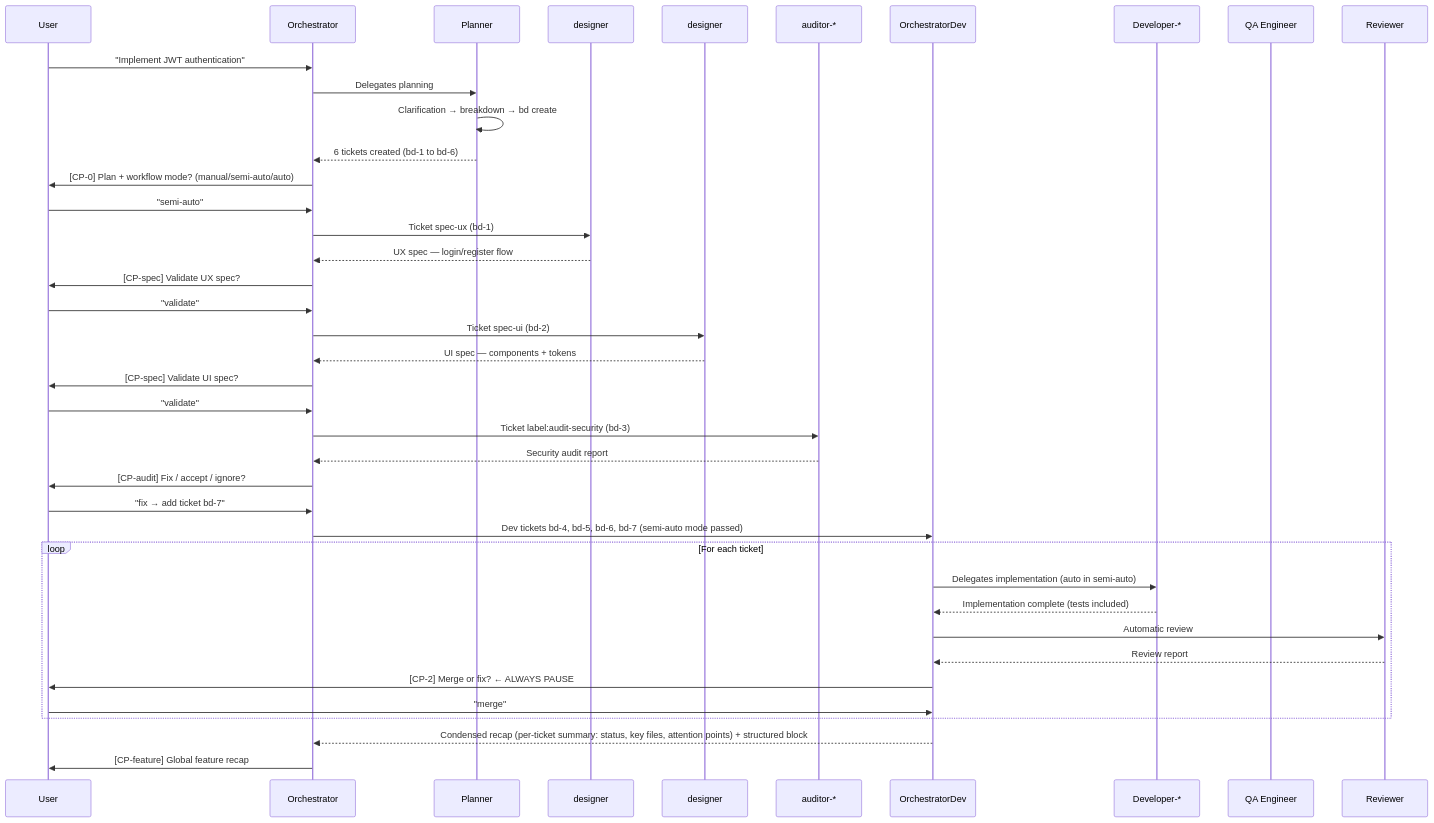
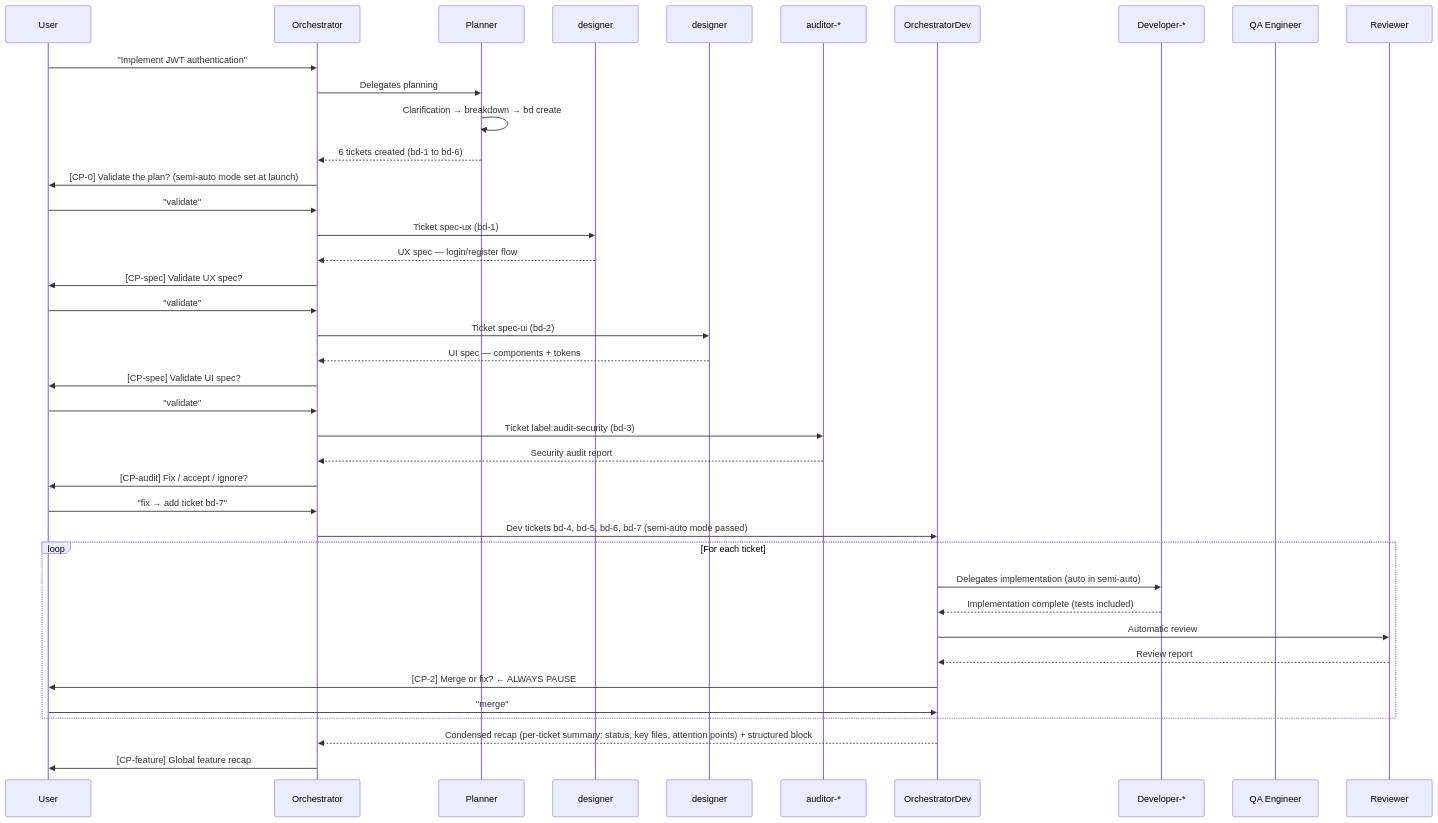
Before and after one commit to datichb/openhub: the second of 7 diagrams in docs/guides/workflows.en.md, drawn with Mermaid. The commit also changed other lines of this file and 59 other files, not shown here.

````diff
--- a/docs/guides/workflows.en.md
+++ b/docs/guides/workflows.en.md
@@ -148,48 +109,48 @@
 ```mermaid
 sequenceDiagram
     participant U as User
     participant O as Orchestrator
     participant PL as Planner
     participant UX as designer
     participant UI as designer
     participant AU as auditor-*
     participant OD as OrchestratorDev
     participant DEV as Developer-*
     participant QA as QA Engineer
     participant R as Reviewer
 
     U->>O: "Implement JWT authentication"
     O->>PL: Delegates planning
     PL->>PL: Clarification → breakdown → bd create
     PL-->>O: 6 tickets created (bd-1 to bd-6)
-    O->>U: [CP-0] Plan + workflow mode? (manual/semi-auto/auto)
-    U->>O: "semi-auto"
+    O->>U: [CP-0] Validate the plan? (semi-auto mode set at launch)
+    U->>O: "validate"
 
     O->>UX: Ticket spec-ux (bd-1)
     UX-->>O: UX spec — login/register flow
     O->>U: [CP-spec] Validate UX spec?
     U->>O: "validate"
 
     O->>UI: Ticket spec-ui (bd-2)
     UI-->>O: UI spec — components + tokens
     O->>U: [CP-spec] Validate UI spec?
     U->>O: "validate"
 
     O->>AU: Ticket label:audit-security (bd-3)
     AU-->>O: Security audit report
     O->>U: [CP-audit] Fix / accept / ignore?
     U->>O: "fix → add ticket bd-7"
 
     O->>OD: Dev tickets bd-4, bd-5, bd-6, bd-7 (semi-auto mode passed)
     loop For each ticket
         OD->>DEV: Delegates implementation (auto in semi-auto)
         DEV-->>OD: Implementation complete (tests included)
         OD->>R: Automatic review
         R-->>OD: Review report
         OD->>U: [CP-2] Merge or fix? ← ALWAYS PAUSE
         U->>OD: "merge"
     end
     OD-->>O: Condensed recap (per-ticket summary: status, key files, attention points) + structured block
 
     O->>U: [CP-feature] Global feature recap
 ```
````
